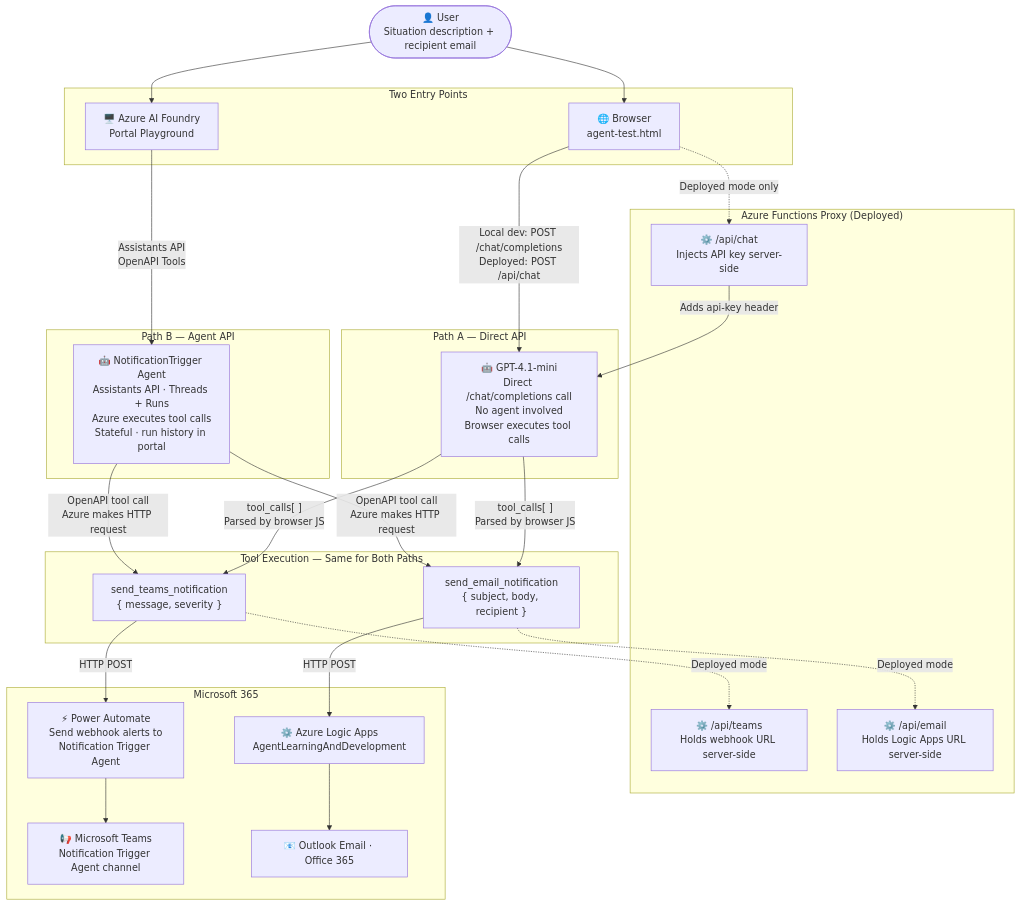
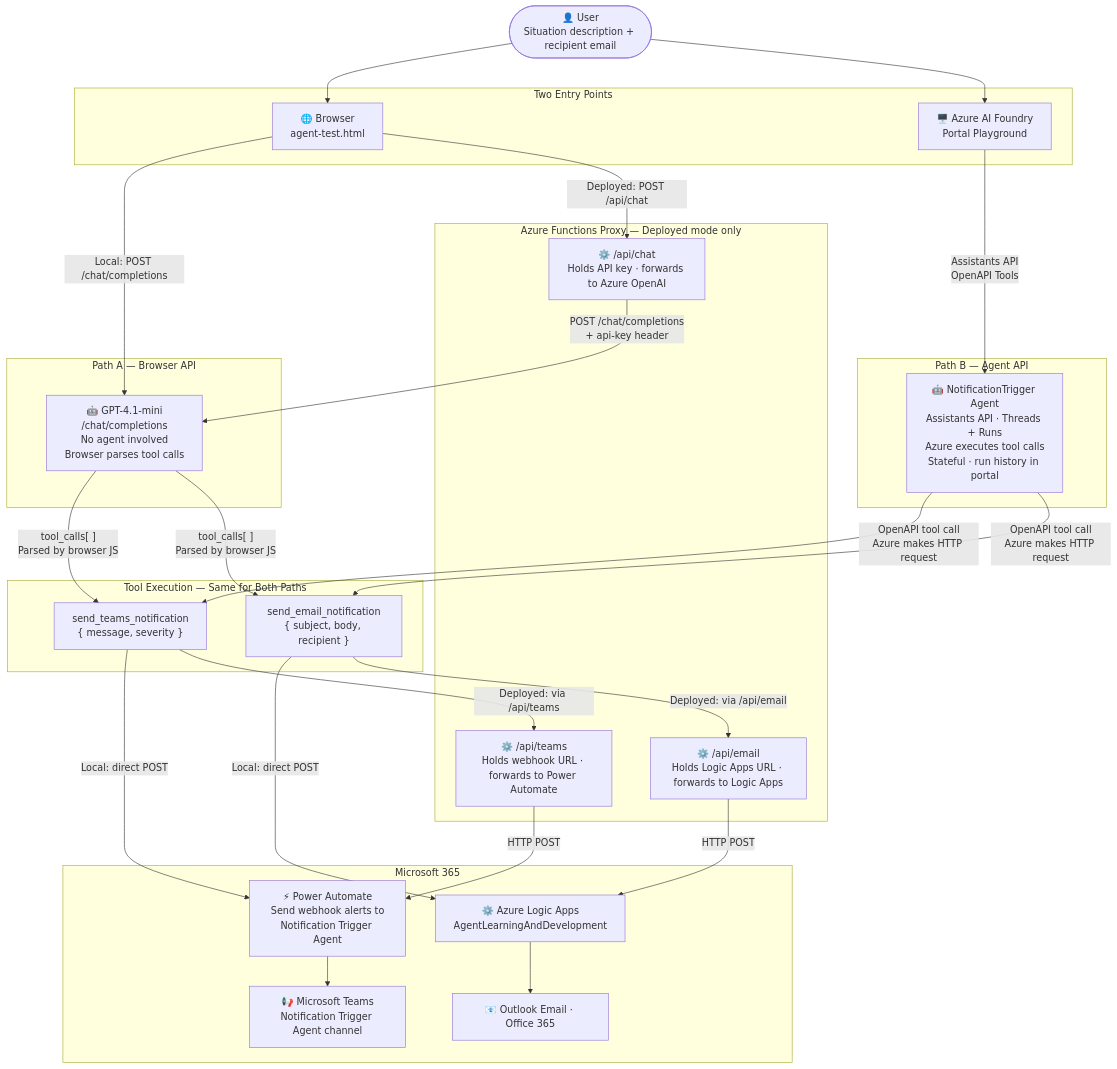
One commit to upadhyayanurodh/ai-notification-trigger-agent changed the diagram in ARCHITECTURE.md. Above: the diagram before and after it, drawn with Mermaid. The commit also changed other lines of this file and 1 other file, not shown here.

Commit message:
docs: fix 9 factual inaccuracies flagged in expert review
- README diagram: Path A label now shows local vs deployed modes
- README + ARCHITECTURE: 'zero dependencies' → 'no npm dependencies'
  qualifier added throughout; deployed proxy layer noted where relevant
- Status section: v1.0.0 → v1.1.0
- Tech Stack table: Path A Tool Execution and Frontend rows reflect both
  local and deployed modes
- Key Decisions: Path A now accurately describes the proxy layer in
  deployed mode; 'no server required' claim corrected
- ARCHITECTURE diagram: removed ambiguous HTML→GPT direct arrow;
  local and deployed paths now shown as two distinct flows
- ARCHITECTURE Components table: added index.html, staticwebapp.config.json,
  and three Azure Function proxy entries for v1.1
- ARCHITECTURE Key Decision #1: updated to cover three modes (local,
  deployed, Foundry portal)
- Getting Started: live demo link added before prerequisites
- Demo section: live deployed interface entry added

````diff
--- a/ARCHITECTURE.md
+++ b/ARCHITECTURE.md
@@ -7,57 +7,61 @@
 ```mermaid
 flowchart TD
     User(["👤 User\nSituation description + recipient email"])
 
     User --> HTML
     User --> Portal
 
     subgraph Interfaces ["Two Entry Points"]
         HTML["🌐 Browser\nagent-test.html"]
         Portal["🖥️ Azure AI Foundry\nPortal Playground"]
     end
 
-    subgraph PathA ["Path A — Direct API"]
-        GPT["🤖 GPT-4.1-mini\nDirect /chat/completions call\nNo agent involved\nBrowser executes tool calls"]
+    subgraph PathA ["Path A — Browser API"]
+        GPT["🤖 GPT-4.1-mini\n/chat/completions\nNo agent involved\nBrowser parses tool calls"]
     end
 
     subgraph PathB ["Path B — Agent API"]
         Agent["🤖 NotificationTrigger Agent\nAssistants API · Threads + Runs\nAzure executes tool calls\nStateful · run history in portal"]
     end
 
-    subgraph Proxy ["Azure Functions Proxy (Deployed)"]
-        FnChat["⚙️ /api/chat\nInjects API key server-side"]
-        FnTeams["⚙️ /api/teams\nHolds webhook URL server-side"]
-        FnEmail["⚙️ /api/email\nHolds Logic Apps URL server-side"]
+    subgraph Proxy ["Azure Functions Proxy — Deployed mode only"]
+        FnChat["⚙️ /api/chat\nHolds API key · forwards to Azure OpenAI"]
+        FnTeams["⚙️ /api/teams\nHolds webhook URL · forwards to Power Automate"]
+        FnEmail["⚙️ /api/email\nHolds Logic Apps URL · forwards to Logic Apps"]
     end
 
-    HTML -->|"Local dev: POST /chat/completions\nDeployed: POST /api/chat"| GPT
-    HTML -.->|"Deployed mode only"| FnChat
-    FnChat -->|"Adds api-key header"| GPT
+    HTML -->|"Local: POST /chat/completions"| GPT
+    HTML -->|"Deployed: POST /api/chat"| FnChat
+    FnChat -->|"POST /chat/completions\n+ api-key header"| GPT
     Portal -->|"Assistants API\nOpenAPI Tools"| Agent
 
     GPT -->|"tool_calls[ ]\nParsed by browser JS"| TFn
     GPT -->|"tool_calls[ ]\nParsed by browser JS"| EFn
     Agent -->|"OpenAPI tool call\nAzure makes HTTP request"| TFn
     Agent -->|"OpenAPI tool call\nAzure makes HTTP request"| EFn
 
-    TFn -.->|"Deployed mode"| FnTeams
-    EFn -.->|"Deployed mode"| FnEmail
+    TFn -->|"Local: direct POST"| PA
+    TFn -->|"Deployed: via /api/teams"| FnTeams
+    EFn -->|"Local: direct POST"| LA
+    EFn -->|"Deployed: via /api/email"| FnEmail
+    FnTeams -->|"HTTP POST"| PA
+    FnEmail -->|"HTTP POST"| LA
 
     subgraph Execution ["Tool Execution — Same for Both Paths"]
         TFn["send_teams_notification\n{ message, severity }"]
         EFn["send_email_notification\n{ subject, body, recipient }"]
     end
 
-    TFn -->|"HTTP POST"| PA["⚡ Power Automate\nSend webhook alerts to\nNotification Trigger Agent"]
-    EFn -->|"HTTP POST"| LA["⚙️ Azure Logic Apps\nAgentLearningAndDevelopment"]
+    PA["⚡ Power Automate\nSend webhook alerts to\nNotification Trigger Agent"]
+    LA["⚙️ Azure Logic Apps\nAgentLearningAndDevelopment"]
 
     subgraph Microsoft365 ["Microsoft 365"]
         PA
         LA
         Teams["📢 Microsoft Teams\nNotification Trigger Agent channel"]
         Email["📧 Outlook Email · Office 365"]
     end
 
     PA --> Teams
     LA --> Email
 ```
````
